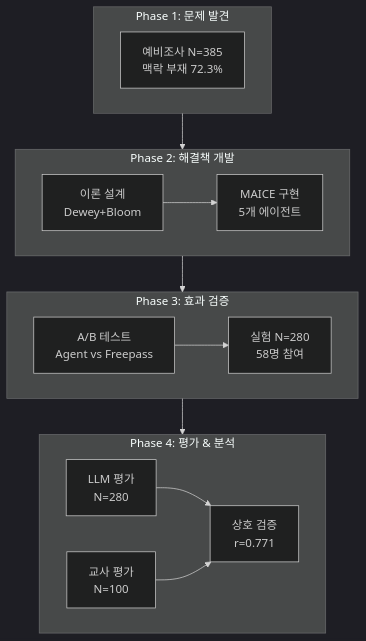
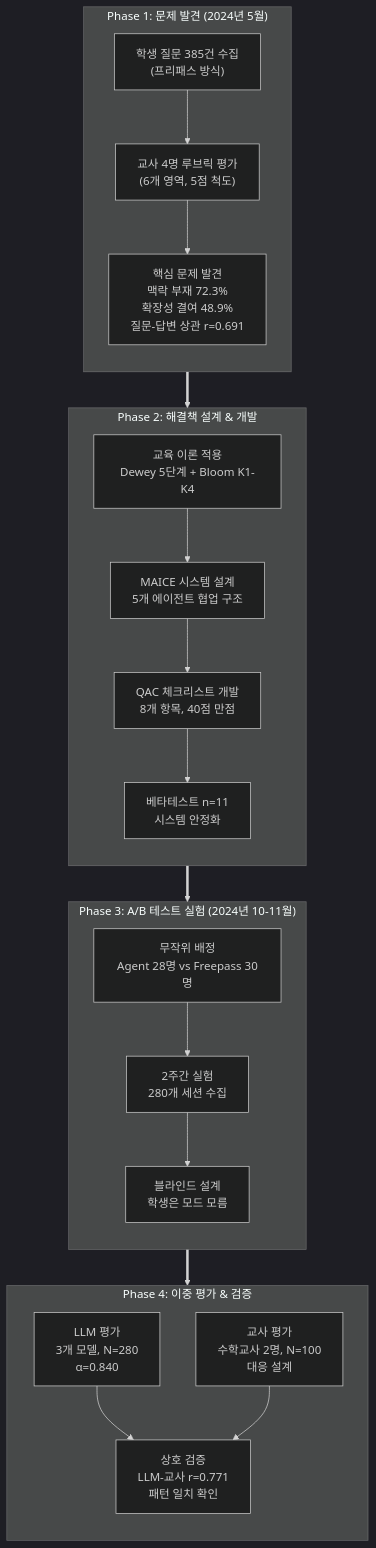
The second of 2 diagrams in docs/chapters/01-introduction.md (KimKyuBong/maice-paper-deploy), drawn with Mermaid (dark theme) before and after one commit.

Commit message:
그림 1-2 연구 절차 디테일 대폭 강화
추가된 디테일:

Phase 1 (문제 발견):
- 수집 → 평가 → 발견 3단계
- 교사 4명, 6개 영역, 5점 척도
- 핵심 수치: 72.3%, 48.9%, r=0.691

Phase 2 (해결책 개발):
- 이론 적용 → 설계 → QAC 개발 → 베타테스트 4단계
- Dewey 5단계 + Bloom K1-K4 명시
- QAC 8개 항목, 40점 만점

Phase 3 (A/B 테스트):
- 무작위 배정 → 실험 → 블라인드 3단계
- Agent 28명 vs Freepass 30명
- 2주간, 280개 세션

Phase 4 (평가):
- LLM 평가 → 교사 평가 → 상호 검증
- LLM 3개 모델 α=0.840
- 교사 2명 대응 설계
- 최종 r=0.771 검증

가독성과 정보량 모두 향상!

````diff
--- a/docs/chapters/01-introduction.md
+++ b/docs/chapters/01-introduction.md
@@ -205,30 +205,40 @@
 ```mermaid
 graph TB
-    subgraph P1["Phase 1: 문제 발견"]
-        A["예비조사 N=385<br/>맥락 부재 72.3%"]
+    subgraph P1["Phase 1: 문제 발견 (2024년 5월)"]
+        direction TB
+        A1["학생 질문 385건 수집<br/>(프리패스 방식)"]
+        A2["교사 4명 루브릭 평가<br/>(6개 영역, 5점 척도)"]
+        A3["핵심 문제 발견<br/>맥락 부재 72.3%<br/>확장성 결여 48.9%<br/>질문-답변 상관 r=0.691"]
+        A1 --> A2 --> A3
     end
     
-    subgraph P2["Phase 2: 해결책 개발"]
-        B["이론 설계<br/>Dewey+Bloom"]
-        C["MAICE 구현<br/>5개 에이전트"]
-        B --> C
+    subgraph P2["Phase 2: 해결책 설계 & 개발"]
+        direction TB
+        B1["교육 이론 적용<br/>Dewey 5단계 + Bloom K1-K4"]
+        B2["MAICE 시스템 설계<br/>5개 에이전트 협업 구조"]
+        B3["QAC 체크리스트 개발<br/>8개 항목, 40점 만점"]
+        B4["베타테스트 n=11<br/>시스템 안정화"]
+        B1 --> B2 --> B3 --> B4
     end
     
-    subgraph P3["Phase 3: 효과 검증"]
-        D["A/B 테스트<br/>Agent vs Freepass"]
-        E["실험 N=280<br/>58명 참여"]
-        D --> E
+    subgraph P3["Phase 3: A/B 테스트 실험 (2024년 10-11월)"]
+        direction TB
+        C1["무작위 배정<br/>Agent 28명 vs Freepass 30명"]
+        C2["2주간 실험<br/>280개 세션 수집"]
+        C3["블라인드 설계<br/>학생은 모드 모름"]
+        C1 --> C2 --> C3
     end
     
-    subgraph P4["Phase 4: 평가 & 분석"]
-        F["LLM 평가<br/>N=280"]
-        G["교사 평가<br/>N=100"]
-        H["상호 검증<br/>r=0.771"]
-        F --> H
-        G --> H
+    subgraph P4["Phase 4: 이중 평가 & 검증"]
+        direction TB
+        D1["LLM 평가<br/>3개 모델, N=280<br/>α=0.840"]
+        D2["교사 평가<br/>수학교사 2명, N=100<br/>대응 설계"]
+        D3["상호 검증<br/>LLM-교사 r=0.771<br/>패턴 일치 확인"]
+        D1 --> D3
+        D2 --> D3
     end
     
-    P1 --> P2
-    P2 --> P3
-    P3 --> P4
+    P1 ==> P2
+    P2 ==> P3
+    P3 ==> P4
 ```
````
